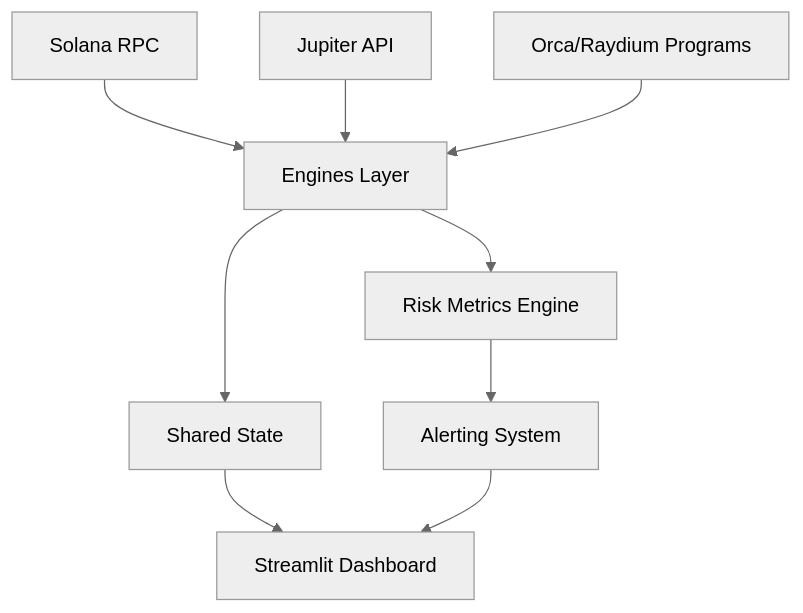
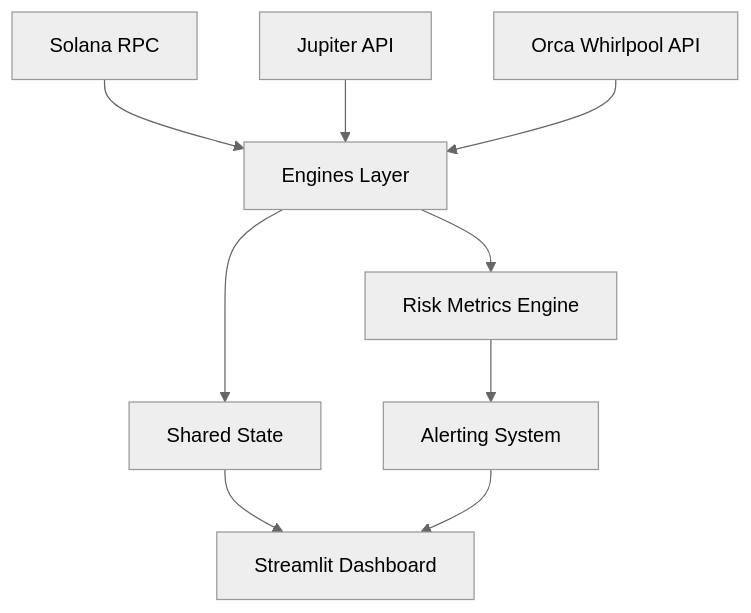
One commit to blalou80/solana-defi-dashboard changed the diagram in README.md. Above: the diagram before and after it, drawn with Mermaid (neutral theme). The commit also changed other lines of this file and 1 other file, not shown here.

Commit message:
docs(W5): Raydium gate decision — cut (no public position-by-owner endpoint)

````diff
--- a/README.md
+++ b/README.md
@@ -50,11 +50,11 @@
 ```mermaid
 graph TD
     A[Solana RPC] --> B[Engines Layer]
     C[Jupiter API] --> B
-    D[Orca/Raydium Programs] --> B
+    D[Orca Whirlpool API] --> B
     B --> E[Risk Metrics Engine]
     B --> F[Shared State]
     E --> G[Alerting System]
     F --> H[Streamlit Dashboard]
     G --> H
 ```
````
